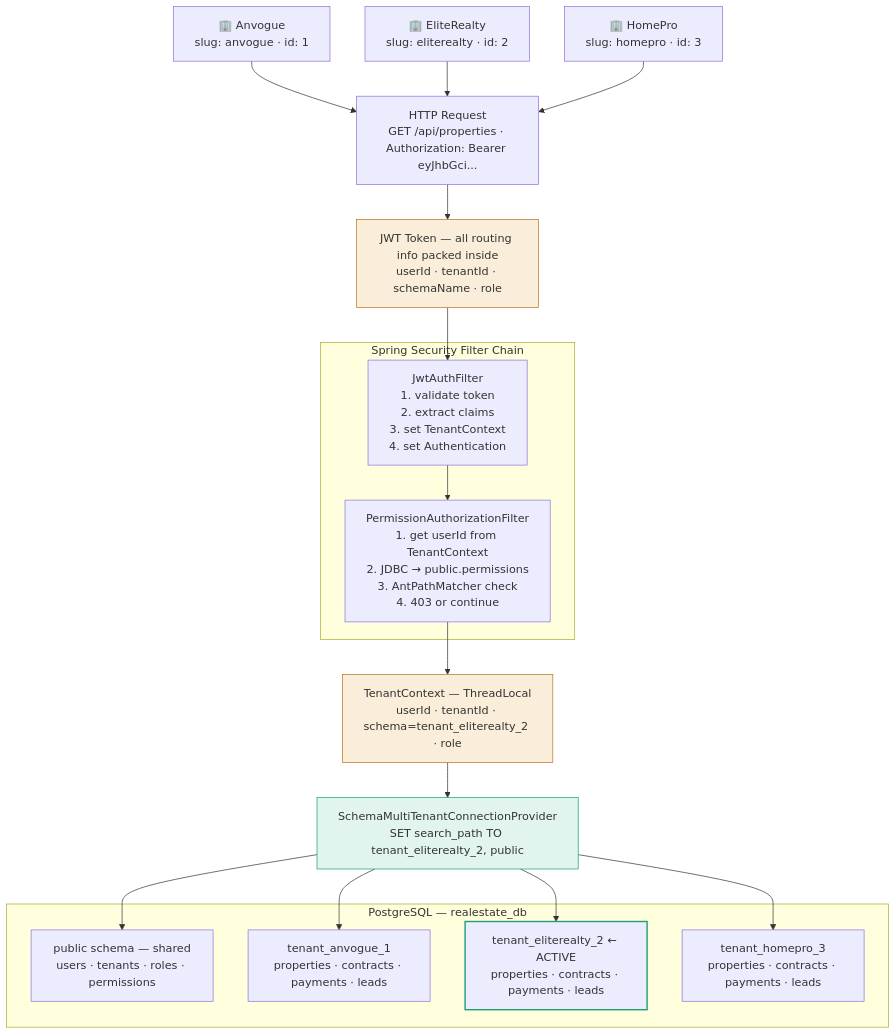
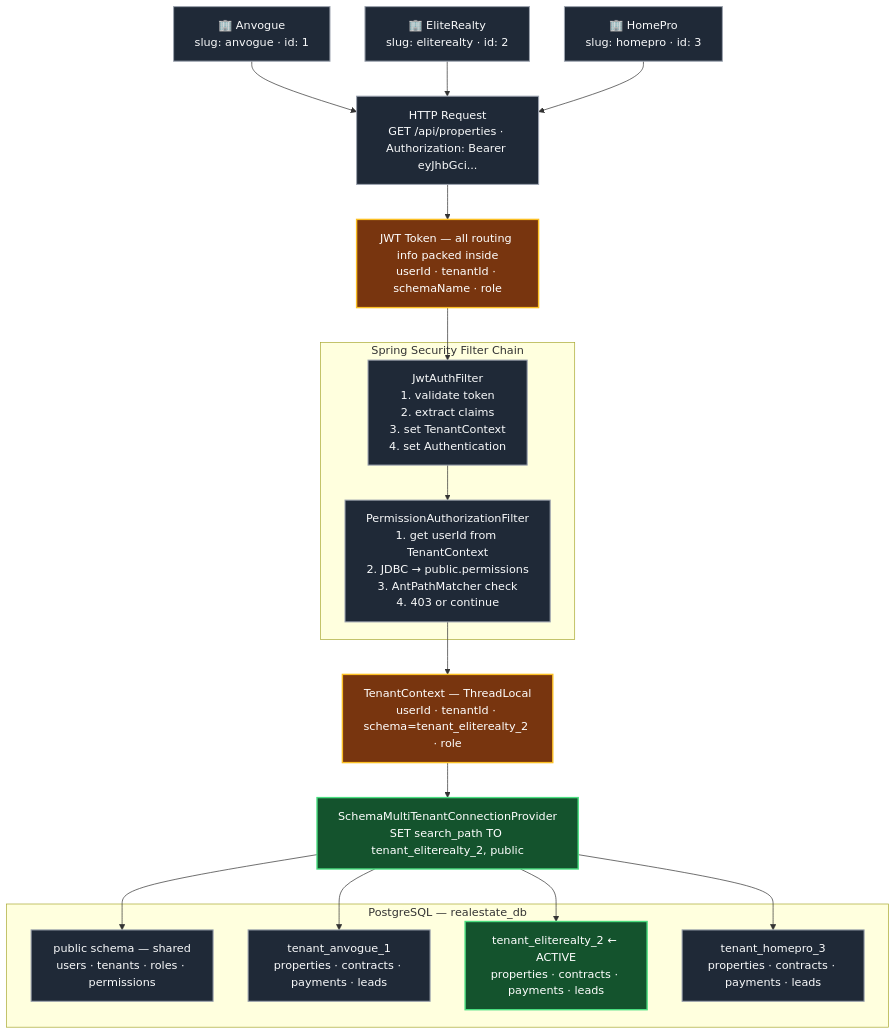
The first of 3 diagrams in README.md (Ardit-H/Real_Estate_Management_System_Backend), drawn with Mermaid before and after one commit.

Commit message:
Update flowchart in README for clarity

````diff
--- a/README.md
+++ b/README.md
@@ -34,41 +34,53 @@
 ```mermaid
 flowchart TD
-    A1["🏢 Anvogue\nslug: anvogue · id: 1"]
-    A2["🏢 EliteRealty\nslug: eliterealty · id: 2"]
-    A3["🏢 HomePro\nslug: homepro · id: 3"]
 
-    REQ["HTTP Request\nGET /api/properties · Authorization: Bearer eyJhbGci..."]
+    classDef default fill:#1F2937,stroke:#9CA3AF,color:#F9FAFB,stroke-width:1.5px;
+    classDef highlight fill:#14532D,stroke:#4ADE80,color:#FFFFFF,stroke-width:2px;
+    classDef warning fill:#78350F,stroke:#FBBF24,color:#FFFFFF,stroke-width:2px;
 
-    JWT["JWT Token — all routing info packed inside\nuserId · tenantId · schemaName · role"]
+    A1["🏢 Anvogue<br/>slug: anvogue · id: 1"]
+    A2["🏢 EliteRealty<br/>slug: eliterealty · id: 2"]
+    A3["🏢 HomePro<br/>slug: homepro · id: 3"]
+
+    REQ["HTTP Request<br/>GET /api/properties · Authorization: Bearer eyJhbGci..."]
+
+    JWT["JWT Token — all routing info packed inside<br/>userId · tenantId · schemaName · role"]
 
     subgraph FILTERS["Spring Security Filter Chain"]
-        F1["JwtAuthFilter\n1. validate token\n2. extract claims\n3. set TenantContext\n4. set Authentication"]
-        F2["PermissionAuthorizationFilter\n1. get userId from TenantContext\n2. JDBC → public.permissions\n3. AntPathMatcher check\n4. 403 or continue"]
+        F1["JwtAuthFilter<br/>1. validate token<br/>2. extract claims<br/>3. set TenantContext<br/>4. set Authentication"]
+
+        F2["PermissionAuthorizationFilter<br/>1. get userId from TenantContext<br/>2. JDBC → public.permissions<br/>3. AntPathMatcher check<br/>4. 403 or continue"]
     end
 
-    TC["TenantContext — ThreadLocal\nuserId · tenantId · schema=tenant_eliterealty_2 · role"]
+    TC["TenantContext — ThreadLocal<br/>userId · tenantId · schema=tenant_eliterealty_2 · role"]
 
-    HB["SchemaMultiTenantConnectionProvider\nSET search_path TO tenant_eliterealty_2, public"]
+    HB["SchemaMultiTenantConnectionProvider<br/>SET search_path TO tenant_eliterealty_2, public"]
 
     subgraph DB["PostgreSQL — realestate_db"]
-        PUB["public schema — shared\nusers · tenants · roles · permissions"]
-        S1["tenant_anvogue_1\nproperties · contracts · payments · leads"]
-        S2["tenant_eliterealty_2 ← ACTIVE\nproperties · contracts · payments · leads"]
-        S3["tenant_homepro_3\nproperties · contracts · payments · leads"]
+        PUB["public schema — shared<br/>users · tenants · roles · permissions"]
+
+        S1["tenant_anvogue_1<br/>properties · contracts · payments · leads"]
+
+        S2["tenant_eliterealty_2 ← ACTIVE<br/>properties · contracts · payments · leads"]
+
+        S3["tenant_homepro_3<br/>properties · contracts · payments · leads"]
     end
 
-    A1 & A2 & A3 --> REQ
+    A1 --> REQ
+    A2 --> REQ
+    A3 --> REQ
+
     REQ --> JWT
-    JWT --> F1 --> F2
+    JWT --> F1
+    F1 --> F2
     F2 --> TC
     TC --> HB
+
     HB --> PUB
     HB --> S1
     HB --> S2
     HB --> S3
 
-    style S2 stroke:#1D9E75,stroke-width:2px
-    style JWT fill:#FAEEDA,stroke:#BA7517
-    style TC fill:#FAEEDA,stroke:#BA7517
-    style HB fill:#E1F5EE,stroke:#1D9E75
+    class JWT,TC warning
+    class HB,S2 highlight
 ```
````
